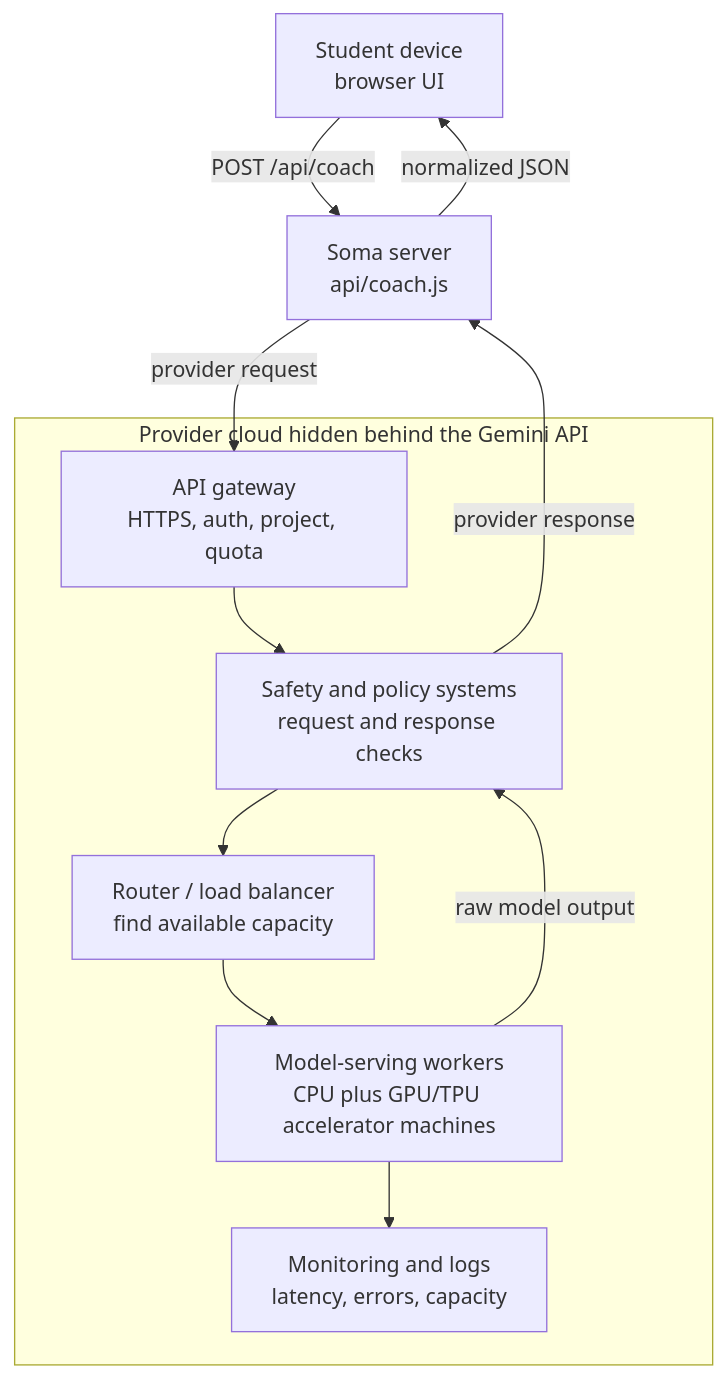
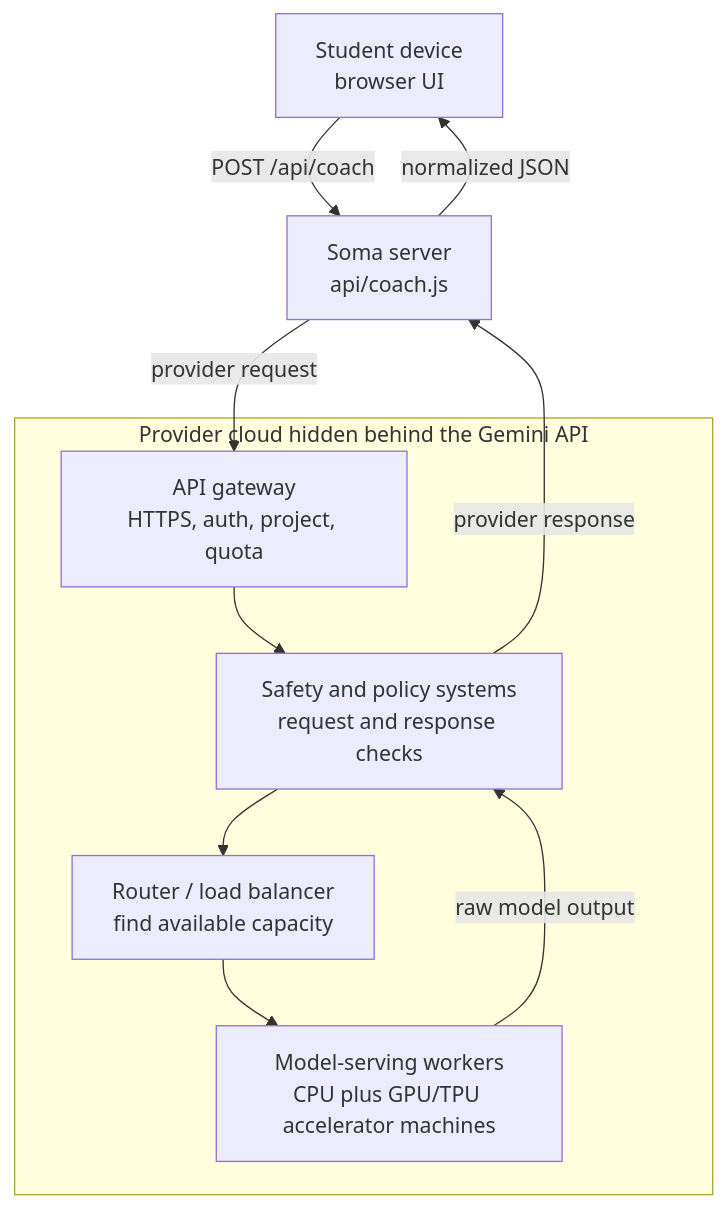
One commit to maxmed/code-yetu-soma changed the third of 6 diagrams in docs/architecture.md. Above: the diagram before and after it, drawn with Mermaid. The commit also changed other lines of this file and 2 other files, not shown here.

Commit message:
Polish architecture docs wording

````diff
--- a/docs/architecture.md
+++ b/docs/architecture.md
@@ -110,23 +110,21 @@
 ```mermaid
 flowchart TB
   browser["Student device<br/>browser UI"]
   soma["Soma server<br/>api/coach.js"]
 
   subgraph ProviderCloud["Provider cloud hidden behind the Gemini API"]
     gateway["API gateway<br/>HTTPS, auth, project, quota"]
     safety["Safety and policy systems<br/>request and response checks"]
     router["Router / load balancer<br/>find available capacity"]
     workers["Model-serving workers<br/>CPU plus GPU/TPU accelerator machines"]
-    telemetry["Monitoring and logs<br/>latency, errors, capacity"]
   end
 
   browser -->|"POST /api/coach"| soma
   soma -->|"provider request"| gateway
   gateway --> safety
   safety --> router
   router --> workers
-  workers --> telemetry
   workers -->|"raw model output"| safety
   safety -->|"provider response"| soma
   soma -->|"normalized JSON"| browser
 ```
````
